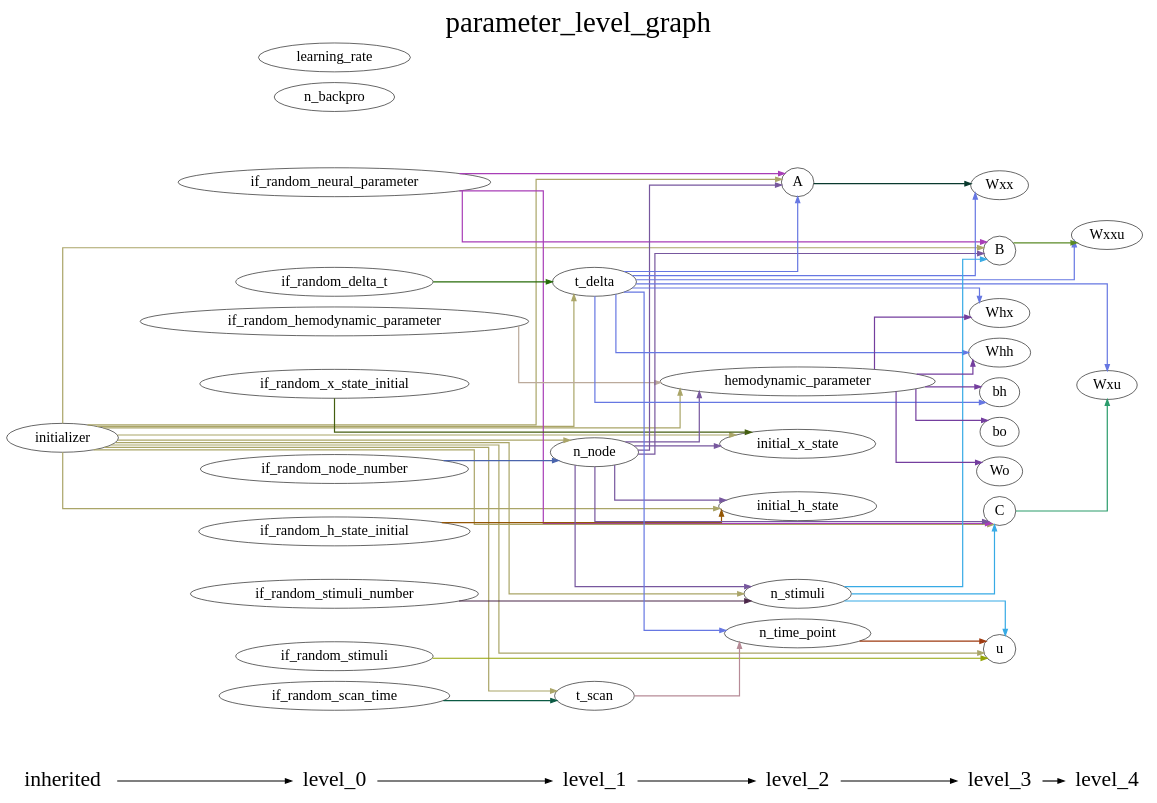
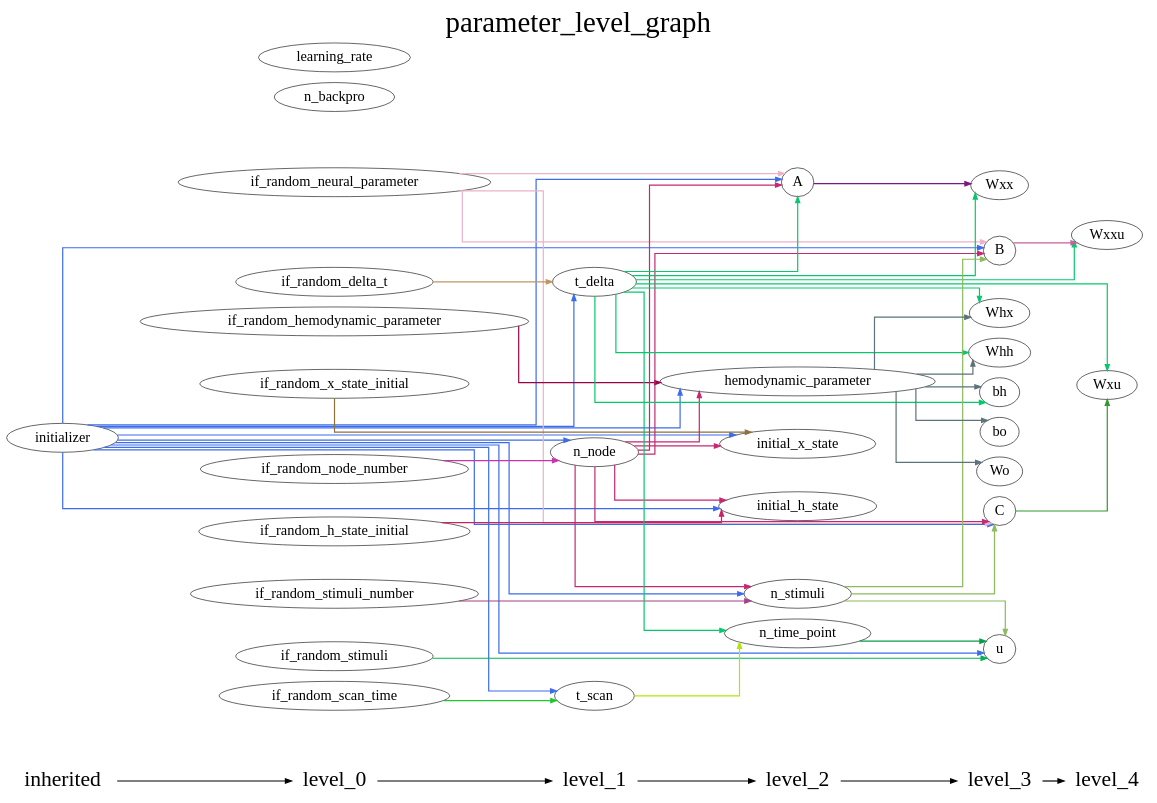
One commit to YuanWangOnward/DCM_RNN changed the diagram in DCM_RNN/documents/parameter_level_graph.gv. Above: the diagram before and after it, drawn with Graphviz. The commit also changed 7 other files, not shown here.

```diff
--- a/DCM_RNN/documents/parameter_level_graph.gv
+++ b/DCM_RNN/documents/parameter_level_graph.gv
@@ -1,131 +1,131 @@
 digraph G {
           splines=ortho;
           fontsize = 48;
           rankdir = "LR";
           node[fontsize=24];
           edge[penwidth=2];
           {
           node [shape=plaintext fontsize=36];
           inherited -> 
           level_0 -> 
           level_1 -> 
           level_2 -> 
           level_3 -> 
           level_4
           }
           {rank = same;
           inherited;
           initializer;
           }
           {rank = same;
           level_0;
           if_random_neural_parameter;
           if_random_hemodynamic_parameter;
           if_random_x_state_initial;
           if_random_h_state_initial;
           if_random_stimuli;
           if_random_node_number;
           if_random_stimuli_number;
           if_random_delta_t;
           if_random_scan_time;
           n_backpro;
           learning_rate;
           }
           {rank = same;
           level_1;
           n_node;
           t_delta;
           t_scan;
           }
           {rank = same;
           level_2;
           n_time_point;
           n_stimuli;
           A;
           hemodynamic_parameter;
           initial_x_state;
           initial_h_state;
           }
           {rank = same;
           level_3;
           u;
           B;
           C;
           Wxx;
           Whx;
           Whh;
           bh;
           Wo;
           bo;
           }
           {rank = same;
           level_4;
           Wxxu;
           Wxu;
           }
-          if_random_hemodynamic_parameter -> hemodynamic_parameter [color="#BBAA9B"];
-          C -> Wxu [color="#2A9C6B"];
+          Wxx ;
+          if_random_x_state_initial -> initial_x_state [color="#8E723B"];
+          initial_h_state ;
+          bo ;
+          initializer -> initial_h_state [color="#3C6CEC"];
+          initializer -> t_delta [color="#3C6CEC"];
+          initializer -> C [color="#3C6CEC"];
+          initializer -> u [color="#3C6CEC"];
+          initializer -> initial_x_state [color="#3C6CEC"];
+          initializer -> B [color="#3C6CEC"];
+          initializer -> n_stimuli [color="#3C6CEC"];
+          initializer -> t_scan [color="#3C6CEC"];
+          initializer -> hemodynamic_parameter [color="#3C6CEC"];
+          initializer -> A [color="#3C6CEC"];
+          initializer -> n_node [color="#3C6CEC"];
+          if_random_hemodynamic_parameter -> hemodynamic_parameter [color="#950547"];
+          Wxu ;
+          bh ;
+          n_backpro ;
+          t_delta -> Wxx [color="#07C76E"];
+          t_delta -> Wxu [color="#07C76E"];
+          t_delta -> bh [color="#07C76E"];
+          t_delta -> Whx [color="#07C76E"];
+          t_delta -> Whh [color="#07C76E"];
+          t_delta -> Wxxu [color="#07C76E"];
+          t_delta -> n_time_point [color="#07C76E"];
+          t_delta -> A [color="#07C76E"];
+          learning_rate ;
           Whx ;
-          if_random_delta_t -> t_delta [color="#276B09"];
-          if_random_stimuli -> u [color="#93A305"];
+          Whh ;
+          if_random_neural_parameter -> C [color="#ECB2C6"];
+          if_random_neural_parameter -> B [color="#ECB2C6"];
+          if_random_neural_parameter -> A [color="#ECB2C6"];
           Wxxu ;
-          initial_h_state ;
-          Wxu ;
-          if_random_stimuli_number -> n_stimuli [color="#4B2649"];
-          n_stimuli -> C [color="#37AAE5"];
-          n_stimuli -> B [color="#37AAE5"];
-          n_stimuli -> u [color="#37AAE5"];
-          n_node -> C [color="#77579E"];
-          n_node -> initial_h_state [color="#77579E"];
-          n_node -> n_stimuli [color="#77579E"];
-          n_node -> A [color="#77579E"];
-          n_node -> B [color="#77579E"];
-          n_node -> initial_x_state [color="#77579E"];
-          n_node -> hemodynamic_parameter [color="#77579E"];
-          A -> Wxx [color="#093A2E"];
-          B -> Wxxu [color="#5A8A26"];
+          C -> Wxu [color="#359730"];
+          if_random_stimuli -> u [color="#04B156"];
+          if_random_h_state_initial -> initial_h_state [color="#CA2361"];
           Wo ;
-          if_random_h_state_initial -> initial_h_state [color="#935604"];
-          if_random_node_number -> n_node [color="#4A64AC"];
-          n_time_point -> u [color="#9E3A10"];
-          learning_rate ;
-          t_scan -> n_time_point [color="#B78B97"];
-          Whh ;
+          if_random_stimuli_number -> n_stimuli [color="#A64088"];
+          if_random_node_number -> n_node [color="#CC32A9"];
           u ;
-          t_delta -> Whx [color="#6677E2"];
-          t_delta -> Wxxu [color="#6677E2"];
-          t_delta -> Wxu [color="#6677E2"];
-          t_delta -> A [color="#6677E2"];
-          t_delta -> n_time_point [color="#6677E2"];
-          t_delta -> bh [color="#6677E2"];
-          t_delta -> Whh [color="#6677E2"];
-          t_delta -> Wxx [color="#6677E2"];
-          Wxx ;
-          if_random_scan_time -> t_scan [color="#0B5A44"];
+          if_random_scan_time -> t_scan [color="#20C633"];
           initial_x_state ;
-          bh ;
-          bo ;
-          if_random_neural_parameter -> C [color="#A83EB7"];
-          if_random_neural_parameter -> A [color="#A83EB7"];
-          if_random_neural_parameter -> B [color="#A83EB7"];
-          n_backpro ;
-          hemodynamic_parameter -> Whx [color="#743E9E"];
-          hemodynamic_parameter -> Wo [color="#743E9E"];
-          hemodynamic_parameter -> bh [color="#743E9E"];
-          hemodynamic_parameter -> Whh [color="#743E9E"];
-          hemodynamic_parameter -> bo [color="#743E9E"];
-          if_random_x_state_initial -> initial_x_state [color="#445E10"];
-          initializer -> C [color="#AAA568"];
-          initializer -> initial_h_state [color="#AAA568"];
-          initializer -> n_stimuli [color="#AAA568"];
-          initializer -> n_node [color="#AAA568"];
-          initializer -> A [color="#AAA568"];
-          initializer -> B [color="#AAA568"];
-          initializer -> t_scan [color="#AAA568"];
-          initializer -> u [color="#AAA568"];
-          initializer -> t_delta [color="#AAA568"];
-          initializer -> initial_x_state [color="#AAA568"];
-          initializer -> hemodynamic_parameter [color="#AAA568"];
+          if_random_delta_t -> t_delta [color="#C39364"];
+          B -> Wxxu [color="#C3619C"];
+          n_stimuli -> C [color="#8CBA5E"];
+          n_stimuli -> u [color="#8CBA5E"];
+          n_stimuli -> B [color="#8CBA5E"];
+          t_scan -> n_time_point [color="#B3E508"];
+          n_time_point -> u [color="#0B9B49"];
+          hemodynamic_parameter -> bo [color="#5C737A"];
+          hemodynamic_parameter -> bh [color="#5C737A"];
+          hemodynamic_parameter -> Whx [color="#5C737A"];
+          hemodynamic_parameter -> Whh [color="#5C737A"];
+          hemodynamic_parameter -> Wo [color="#5C737A"];
+          A -> Wxx [color="#781B7E"];
+          n_node -> initial_h_state [color="#C32972"];
+          n_node -> C [color="#C32972"];
+          n_node -> initial_x_state [color="#C32972"];
+          n_node -> B [color="#C32972"];
+          n_node -> n_stimuli [color="#C32972"];
+          n_node -> hemodynamic_parameter [color="#C32972"];
+          n_node -> A [color="#C32972"];
           labelloc = "t";
           label = "parameter_level_graph";
 }
```
